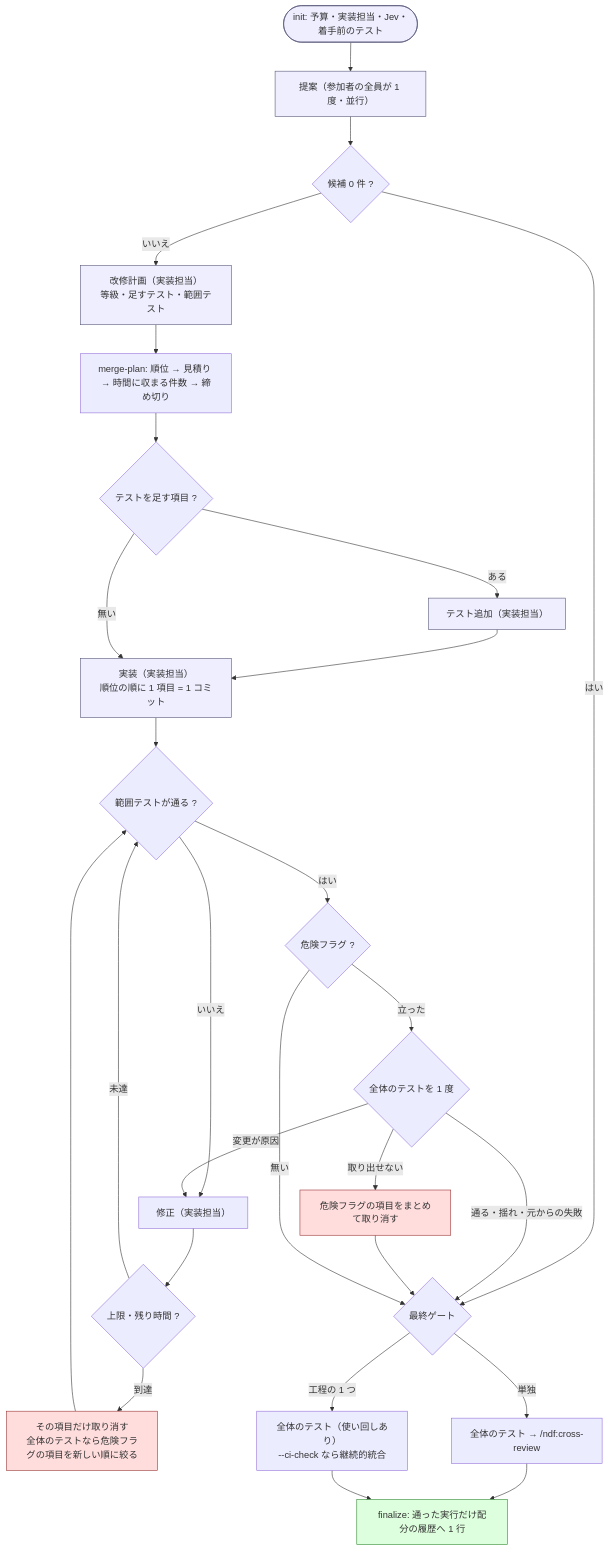
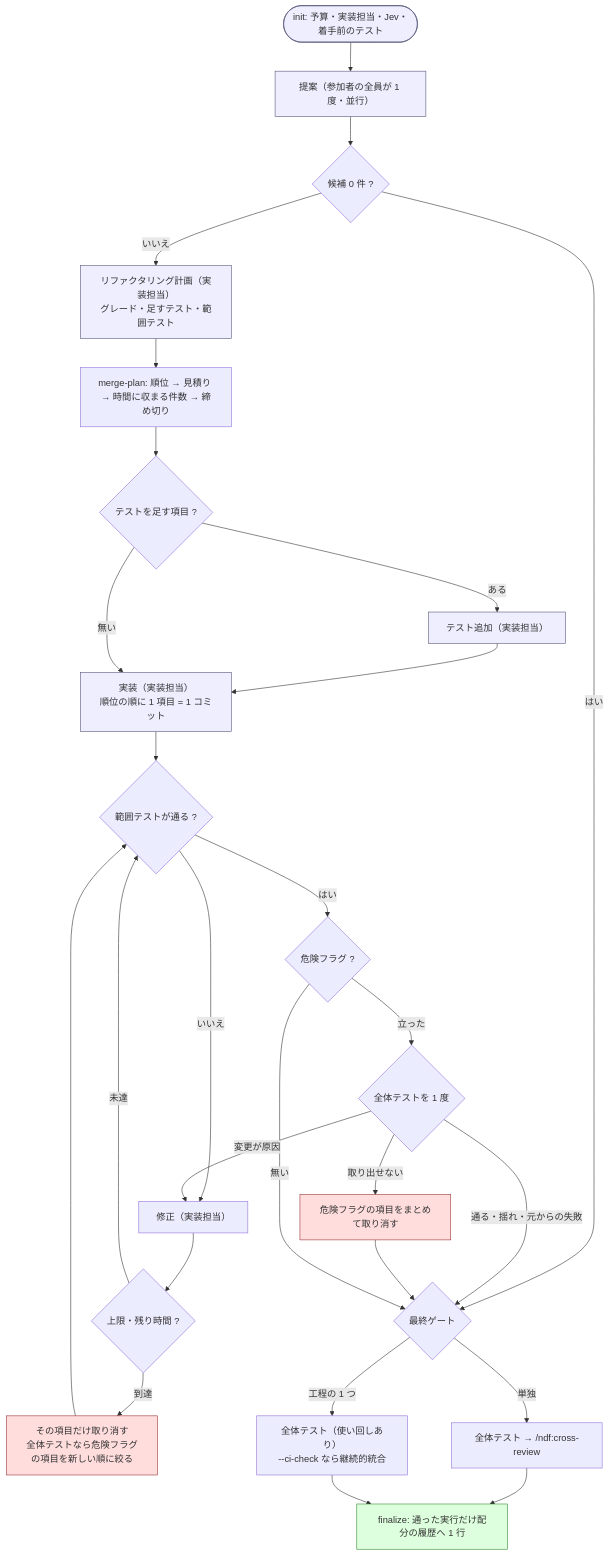
The diagram in plugins/ndf/skills/cross-refactoring/SKILL.md (devbasex/ai-plugins), drawn with Mermaid before and after one commit. The commit also changed other lines of this file and 19 other files, not shown here.

First line of the commit message:
docs(cross-review, cross-refactoring): 用語を業界の語へ改名する（#1166）

````diff
--- a/plugins/ndf/skills/cross-refactoring/SKILL.md
+++ b/plugins/ndf/skills/cross-refactoring/SKILL.md
@@ -125,29 +125,29 @@
 ```mermaid
 flowchart TD
     Init([init: 予算・実装担当・Jev・着手前のテスト]):::phase --> P
     P["提案（参加者の全員が 1 度・並行）"]:::phase --> MP{"候補 0 件 ?"}
     MP -->|はい| Gate
-    MP -->|いいえ| Plan["改修計画（実装担当）<br/>等級・足すテスト・範囲テスト"]:::phase
+    MP -->|いいえ| Plan["リファクタリング計画（実装担当）<br/>グレード・足すテスト・範囲テスト"]:::phase
     Plan --> Sel["merge-plan: 順位 → 見積り → 時間に収まる件数 → 締め切り"]
     Sel --> T{"テストを足す項目 ?"}
     T -->|ある| AT["テスト追加（実装担当）"]:::phase --> Impl
     T -->|無い| Impl["実装（実装担当）<br/>順位の順に 1 項目 = 1 コミット"]:::phase
     Impl --> V{"範囲テストが通る ?"}
     V -->|いいえ| Fix["修正（実装担当）"] --> Cap{"上限・残り時間 ?"}
     Cap -->|未達| V
-    Cap -->|到達| Drop["その項目だけ取り消す<br/>全体のテストなら危険フラグの項目を新しい順に絞る"]:::stop --> V
+    Cap -->|到達| Drop["その項目だけ取り消す<br/>全体テストなら危険フラグの項目を新しい順に絞る"]:::stop --> V
     V -->|はい| D{"危険フラグ ?"}
-    D -->|立った| W{"全体のテストを 1 度"}
+    D -->|立った| W{"全体テストを 1 度"}
     W -->|通る・揺れ・元からの失敗| Gate
     W -->|変更が原因| Fix
     W -->|取り出せない| DropAll["危険フラグの項目をまとめて取り消す"]:::stop --> Gate
     D -->|無い| Gate{"最終ゲート"}
-    Gate -->|単独| CR["全体のテスト → /ndf:cross-review"]
-    Gate -->|工程の 1 つ| Whole["全体のテスト（使い回しあり）<br/>--ci-check なら継続的統合"]
+    Gate -->|単独| CR["全体テスト → /ndf:cross-review"]
+    Gate -->|工程の 1 つ| Whole["全体テスト（使い回しあり）<br/>--ci-check なら継続的統合"]
     CR --> Fin["finalize: 通った実行だけ配分の履歴へ 1 行"]:::ok
     Whole --> Fin
 
     classDef phase fill:#eef,stroke:#557
     classDef ok fill:#dfd,stroke:#383
     classDef stop fill:#fdd,stroke:#933
 ```
````
